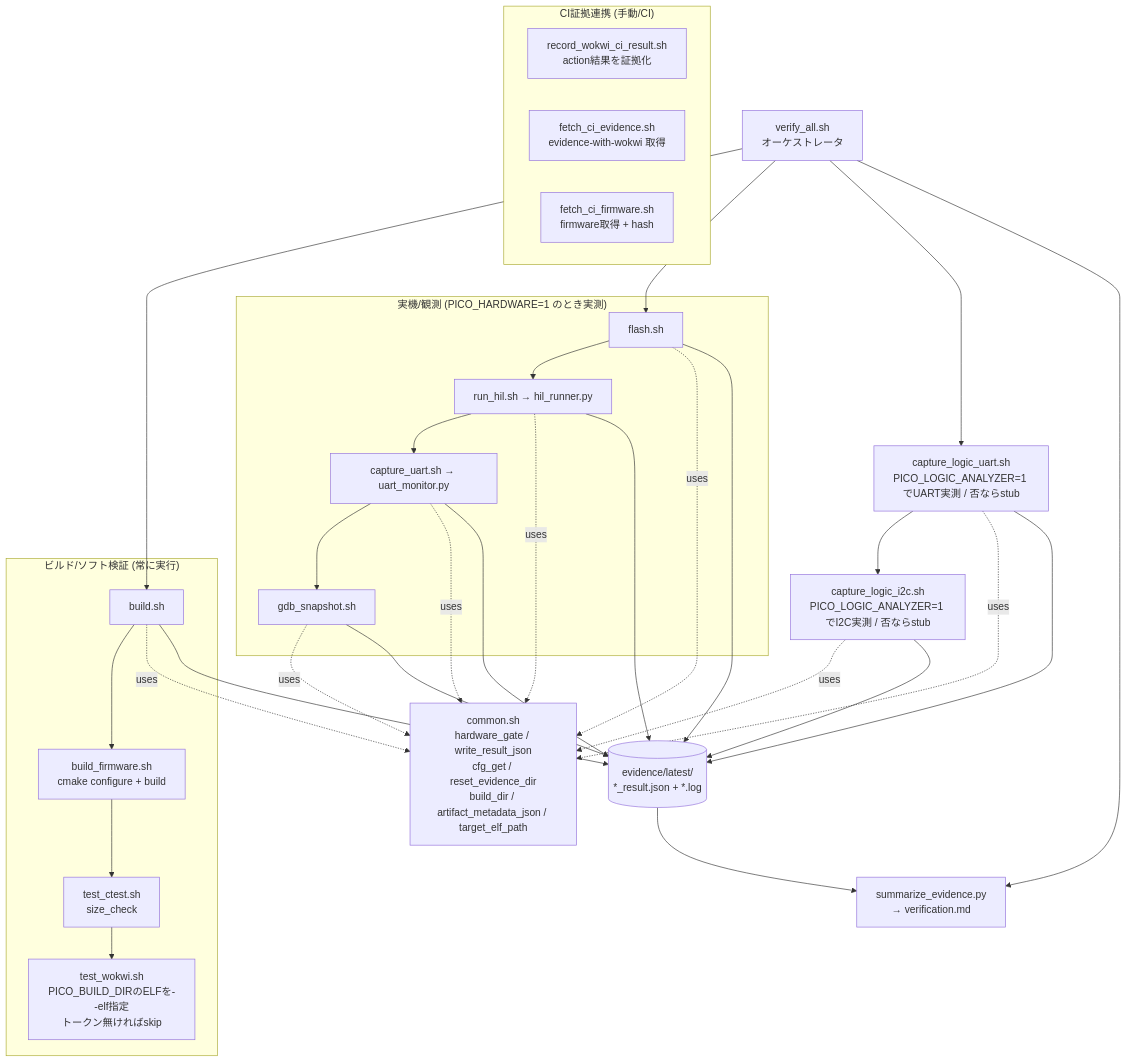
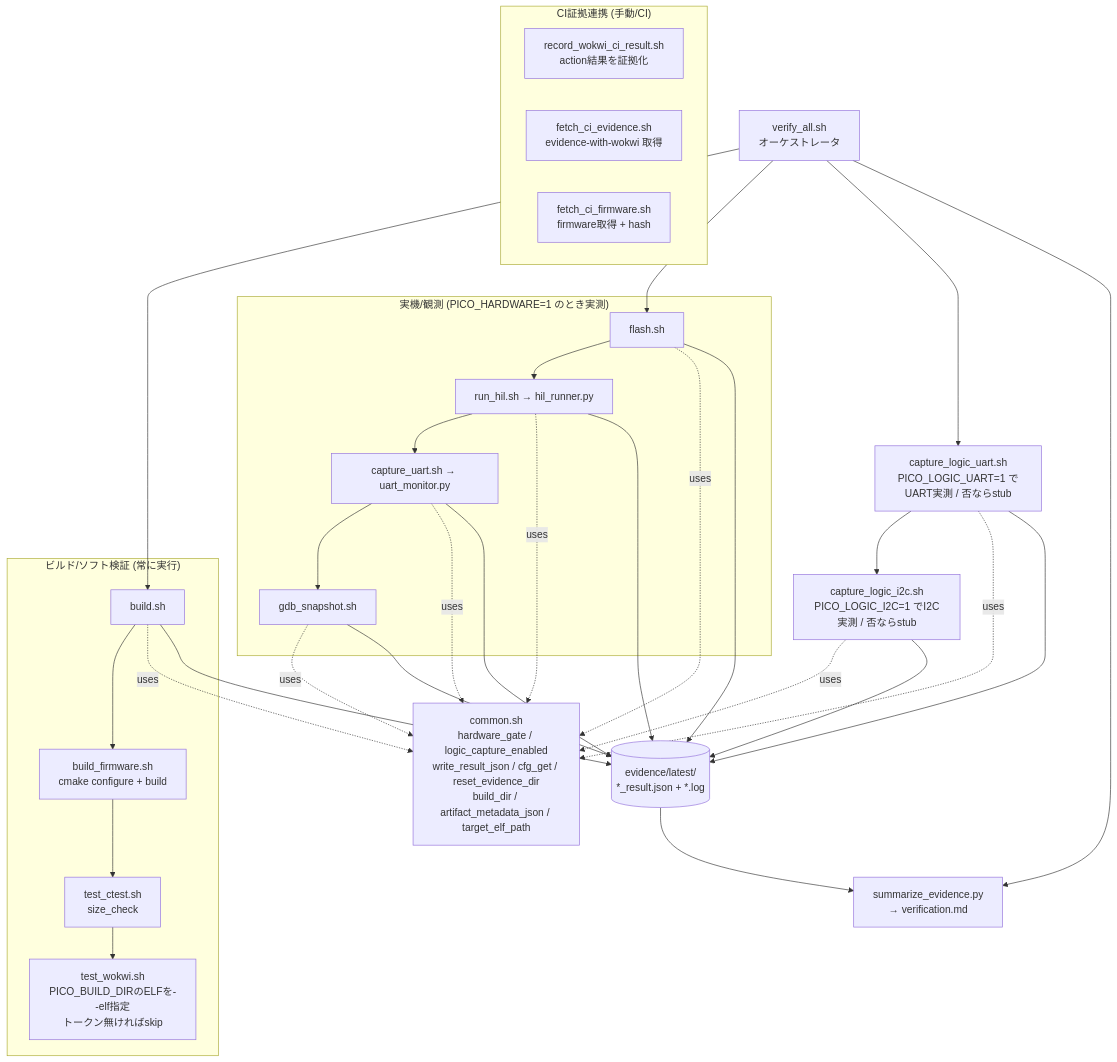
Before and after one commit to capybara-works/pico-sdk-blink: the diagram in docs/architecture/03_components_scripts.md, drawn with Mermaid. The commit also changed 19 other files, not shown here.

Commit message:
Split logic analyzer capture gates

````diff
--- a/docs/architecture/03_components_scripts.md
+++ b/docs/architecture/03_components_scripts.md
@@ -6,54 +6,54 @@
 ```mermaid
 flowchart TB
     va["verify_all.sh<br/>オーケストレータ"]
 
     subgraph soft["ビルド/ソフト検証 (常に実行)"]
         b["build.sh"]
         bf["build_firmware.sh<br/>cmake configure + build"]
         ct["test_ctest.sh<br/>size_check"]
         tw["test_wokwi.sh<br/>PICO_BUILD_DIRのELFを--elf指定<br/>トークン無ければskip"]
     end
 
     subgraph hwp["実機/観測 (PICO_HARDWARE=1 のとき実測)"]
         fl["flash.sh"]
         hl["run_hil.sh → hil_runner.py"]
         ua["capture_uart.sh → uart_monitor.py"]
         gd["gdb_snapshot.sh"]
     end
 
-    lgu["capture_logic_uart.sh<br/>PICO_LOGIC_ANALYZER=1 でUART実測 / 否ならstub"]
-    lgi["capture_logic_i2c.sh<br/>PICO_LOGIC_ANALYZER=1 でI2C実測 / 否ならstub"]
+    lgu["capture_logic_uart.sh<br/>PICO_LOGIC_UART=1 でUART実測 / 否ならstub"]
+    lgi["capture_logic_i2c.sh<br/>PICO_LOGIC_I2C=1 でI2C実測 / 否ならstub"]
     sm["summarize_evidence.py<br/>→ verification.md"]
-    common["common.sh<br/>hardware_gate / write_result_json<br/>cfg_get / reset_evidence_dir<br/>build_dir / artifact_metadata_json / target_elf_path"]
+    common["common.sh<br/>hardware_gate / logic_capture_enabled<br/>write_result_json / cfg_get / reset_evidence_dir<br/>build_dir / artifact_metadata_json / target_elf_path"]
     ev[("evidence/latest/<br/>*_result.json + *.log")]
 
     va --> b
     b --> bf --> ct --> tw
     va --> fl
     fl --> hl --> ua --> gd
     va --> lgu --> lgi
     va --> sm
 
     b -. uses .-> common
     fl -. uses .-> common
     hl -. uses .-> common
     ua -. uses .-> common
     gd -. uses .-> common
     lgu -. uses .-> common
     lgi -. uses .-> common
 
     b --> ev
     fl --> ev
     hl --> ev
     ua --> ev
     gd --> ev
     lgu --> ev
     lgi --> ev
     ev --> sm
 
     subgraph cii["CI証拠連携 (手動/CI)"]
         rec["record_wokwi_ci_result.sh<br/>action結果を証拠化"]
         fe["fetch_ci_evidence.sh<br/>evidence-with-wokwi 取得"]
         ff["fetch_ci_firmware.sh<br/>firmware取得 + hash"]
     end
 ```
````
